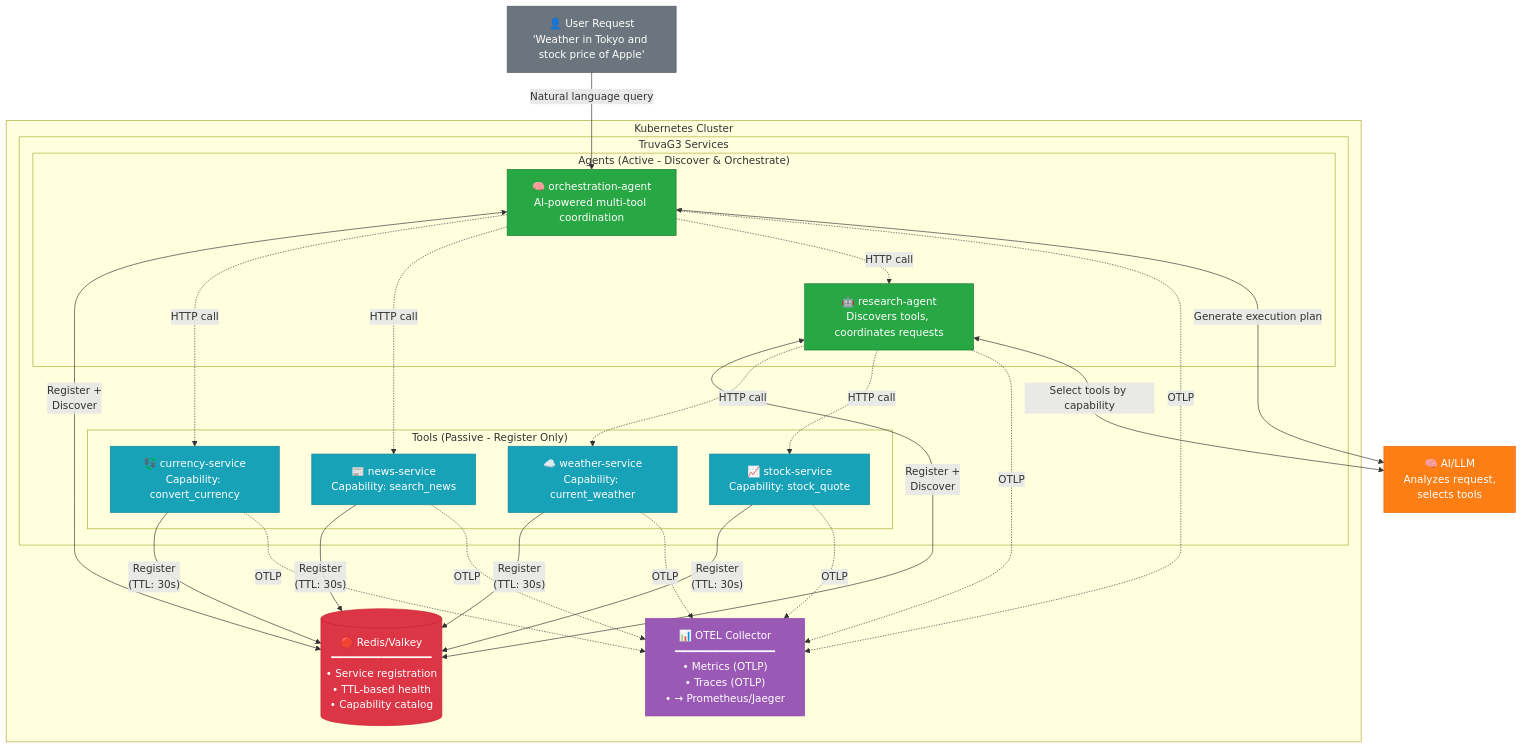
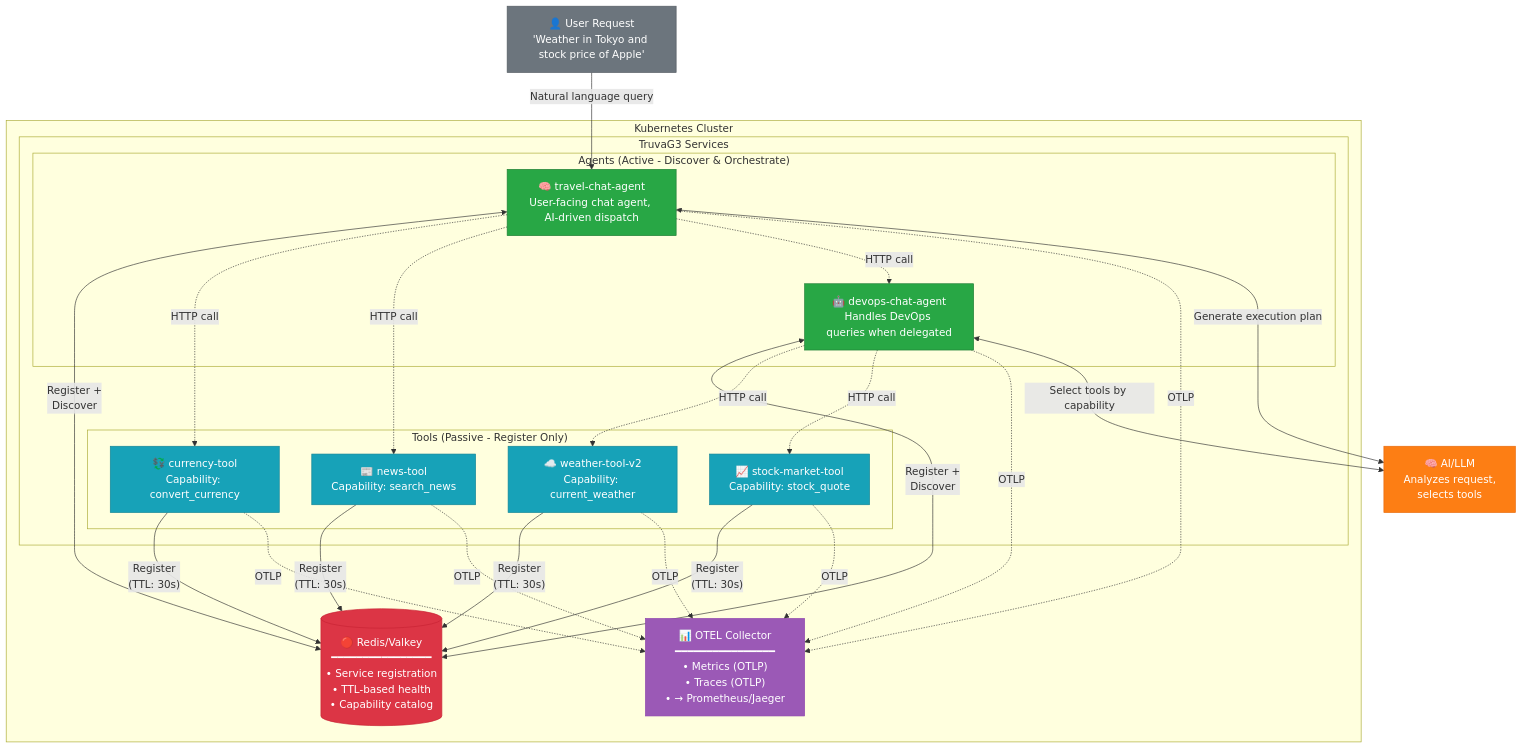
Before and after one commit to truvaagents/truva-g3: the first of 2 diagrams in README.md, drawn with Mermaid. The commit also changed other lines of this file, not shown here.

Commit message:
docs(readme): architecture-first rework aligned to micro-agents article — neutralize promotional framing, trim ~700 lines, verify tool names and metrics against running cluster

````diff
--- a/README.md
+++ b/README.md
@@ -515,67 +307,67 @@
 ```mermaid
 flowchart TB
     subgraph K8s["Kubernetes Cluster"]
         subgraph Services["TruvaG3 Services"]
             subgraph Tools["Tools (Passive - Register Only)"]
-                WT["☁️ weather-service<br/>Capability: current_weather"]
-                ST["📈 stock-service<br/>Capability: stock_quote"]
-                CT["💱 currency-service<br/>Capability: convert_currency"]
-                NT["📰 news-service<br/>Capability: search_news"]
+                WT["☁️ weather-tool-v2<br/>Capability: current_weather"]
+                ST["📈 stock-market-tool<br/>Capability: stock_quote"]
+                CT["💱 currency-tool<br/>Capability: convert_currency"]
+                NT["📰 news-tool<br/>Capability: search_news"]
             end
 
             subgraph Agents["Agents (Active - Discover & Orchestrate)"]
-                RA["🤖 research-agent<br/>Discovers tools, coordinates requests"]
-                OA["🧠 orchestration-agent<br/>AI-powered multi-tool coordination"]
+                RA["🤖 devops-chat-agent<br/>Handles DevOps queries when delegated"]
+                OA["🧠 travel-chat-agent<br/>User-facing chat agent, AI-driven dispatch"]
             end
         end
 
         Redis[("🔴 Redis/Valkey<br/>━━━━━━━━━━━━━━━━<br/>• Service registration<br/>• TTL-based health<br/>• Capability catalog")]
 
         OTEL["📊 OTEL Collector<br/>━━━━━━━━━━━━━━━━<br/>• Metrics (OTLP)<br/>• Traces (OTLP)<br/>• → Prometheus/Jaeger"]
 
         %% Tools can ONLY register (one-way arrow)
         WT -->|"Register<br/>(TTL: 30s)"| Redis
         ST -->|"Register<br/>(TTL: 30s)"| Redis
         CT -->|"Register<br/>(TTL: 30s)"| Redis
         NT -->|"Register<br/>(TTL: 30s)"| Redis
 
         %% Agents can discover AND register (two-way)
         RA <-->|"Register +<br/>Discover"| Redis
         OA <-->|"Register +<br/>Discover"| Redis
 
         %% Agent-to-Tool communication (always HTTP)
         RA -.->|"HTTP call"| WT
         RA -.->|"HTTP call"| ST
         OA -.->|"HTTP call"| CT
         OA -.->|"HTTP call"| NT
 
         %% Agent-to-Agent communication
         OA -.->|"HTTP call"| RA
 
         %% Telemetry from all services to OTEL Collector
         WT -.->|"OTLP"| OTEL
         ST -.->|"OTLP"| OTEL
         CT -.->|"OTLP"| OTEL
         NT -.->|"OTLP"| OTEL
         RA -.->|"OTLP"| OTEL
         OA -.->|"OTLP"| OTEL
     end
 
     User["👤 User Request<br/>'Weather in Tokyo and stock price of Apple'"]
     AI["🧠 AI/LLM<br/>Analyzes request,<br/>selects tools"]
 
     User -->|"Natural language query"| OA
     RA <-->|"Select tools by capability"| AI
     OA <-->|"Generate execution plan"| AI
 
     style Redis fill:#dc3545,stroke:#c82333,color:#fff
     style OTEL fill:#9b59b6,stroke:#8e44ad,color:#fff
     style WT fill:#17a2b8,stroke:#138496,color:#fff
     style ST fill:#17a2b8,stroke:#138496,color:#fff
     style CT fill:#17a2b8,stroke:#138496,color:#fff
     style NT fill:#17a2b8,stroke:#138496,color:#fff
     style RA fill:#28a745,stroke:#1e7e34,color:#fff
     style OA fill:#28a745,stroke:#1e7e34,color:#fff
     style User fill:#6c757d,stroke:#545b62,color:#fff
     style AI fill:#fd7e14,stroke:#e96b0c,color:#fff
 ```
````
